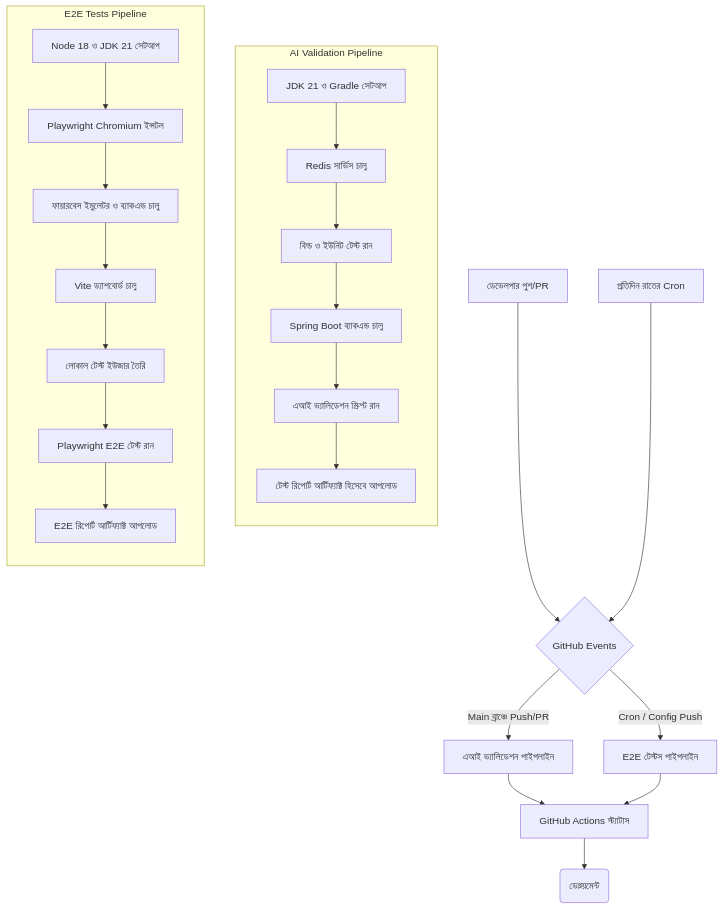
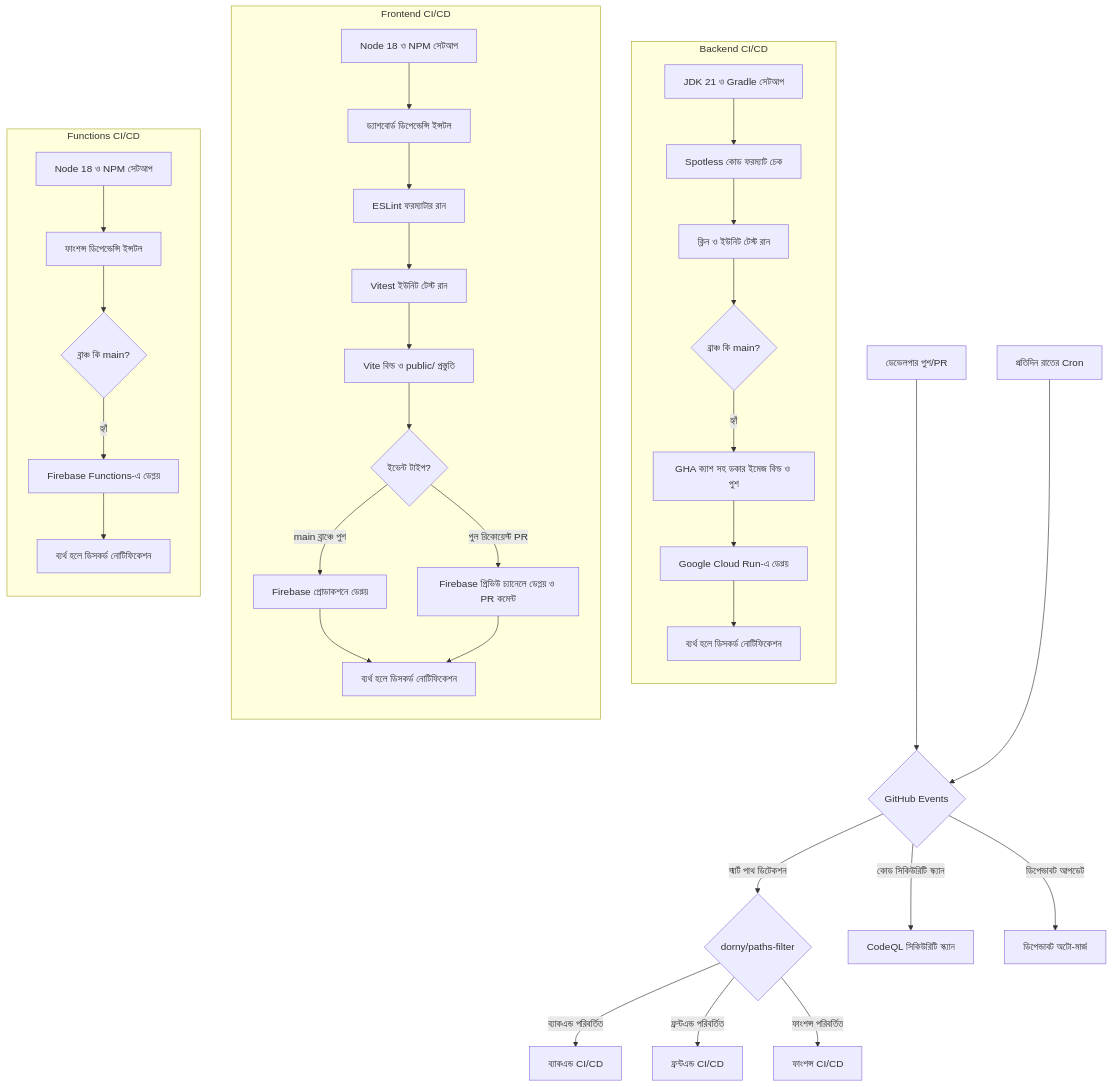
One commit to paykaribazaronline/supremeai changed the diagram in docs/01_Architecture/GITHUB_ARCHITECTURE_BN.md. Above: the diagram before and after it, drawn with Mermaid. The commit also changed other lines of this file and 5 other files, not shown here.

Commit message:
feat: implement smart CI/CD pipeline, security scan, auto-merge, and documentation

````diff
--- a/docs/01_Architecture/GITHUB_ARCHITECTURE_BN.md
+++ b/docs/01_Architecture/GITHUB_ARCHITECTURE_BN.md
@@ -9,31 +9,44 @@
 ```mermaid
 flowchart TD
     Developer[ডেভেলপার পুশ/PR] --> Trigger{GitHub Events}
     Cron[প্রতিদিন রাতের Cron] --> Trigger
     
-    Trigger -->|Main ব্রাঞ্চে Push/PR| PipelineA[এআই ভ্যালিডেশন পাইপলাইন]
-    Trigger -->|Cron / Config Push| PipelineB[E2E টেস্টস পাইপলাইন]
+    Trigger -->|স্মার্ট পাথ ডিটেকশন| Filter{dorny/paths-filter}
     
-    subgraph AI Validation Pipeline
+    Filter -->|ব্যাকএন্ড পরিবর্তিত| PipelineA[ব্যাকএন্ড CI/CD]
+    Filter -->|ফ্রন্টএন্ড পরিবর্তিত| PipelineB[ফ্রন্টএন্ড CI/CD]
+    Filter -->|ফাংশন্স পরিবর্তিত| PipelineC[ফাংশন্স CI/CD]
+    Trigger -->|কোড সিকিউরিটি স্ক্যান| CodeQL[CodeQL সিকিউরিটি স্ক্যান]
+    Trigger -->|ডিপেন্ডাবট আপডেট| DepMerge[ডিপেন্ডাবট অটো-মার্জ]
+    
+    subgraph Backend CI/CD
         direction TB
-        A1[JDK 21 ও Gradle সেটআপ] --> A2[Redis সার্ভিস চালু]
-        A2 --> A3[বিল্ড ও ইউনিট টেস্ট রান]
-        A3 --> A4[Spring Boot ব্যাকএন্ড চালু]
-        A4 --> A5[এআই ভ্যালিডেশন স্ক্রিপ্ট রান]
-        A5 --> A6[টেস্ট রিপোর্ট আর্টিফ্যাক্ট হিসেবে আপলোড]
+        A1[JDK 21 ও Gradle সেটআপ] --> A2[Spotless কোড ফরম্যাট চেক]
+        A2 --> A3[ক্লিন ও ইউনিট টেস্ট রান]
+        A3 --> A4{ব্রাঞ্চ কি main?}
+        A4 -->|হ্যাঁ| A5[GHA ক্যাশ সহ ডকার ইমেজ বিল্ড ও পুশ]
+        A5 --> A6[Google Cloud Run-এ ডেপ্লয়]
+        A6 --> A7[ব্যর্থ হলে ডিসকর্ড নোটিফিকেশন]
     end
     
-    subgraph E2E Tests Pipeline
+    subgraph Frontend CI/CD
         direction TB
-        B1[Node 18 ও JDK 21 সেটআপ] --> B2[Playwright Chromium ইন্সটল]
-        B2 --> B3[ফায়ারবেস ইমুলেটর ও ব্যাকএন্ড চালু]
-        B3 --> B4[Vite ড্যাশবোর্ড চালু]
-        B4 --> B5[লোকাল টেস্ট ইউজার তৈরি]
-        B5 --> B6[Playwright E2E টেস্ট রান]
-        B6 --> B7[E2E রিপোর্ট আর্টিফ্যাক্ট আপলোড]
+        B1[Node 18 ও NPM সেটআপ] --> B2[ড্যাশবোর্ড ডিপেন্ডেন্সি ইন্সটল]
+        B2 --> B3[ESLint ফরম্যাটার রান]
+        B3 --> B4[Vitest ইউনিট টেস্ট রান]
+        B4 --> B5[Vite বিল্ড ও public/ প্রস্তুতি]
+        B5 --> B6{ইভেন্ট টাইপ?}
+        B6 -->|main ব্রাঞ্চে পুশ| B7[Firebase প্রোডাকশনে ডেপ্লয়]
+        B6 -->|পুল রিকোয়েস্ট PR| B8[Firebase প্রিভিউ চ্যানেলে ডেপ্লয় ও PR কমেন্ট]
+        B7 --> B9[ব্যর্থ হলে ডিসকর্ড নোটিফিকেশন]
+        B8 --> B9
     end
-    
-    PipelineA --> Result[GitHub Actions স্ট্যাটাস]
-    PipelineB --> Result
-    Result --> Deploy(ডেপ্লয়মেন্ট)
+
+    subgraph Functions CI/CD
+        direction TB
+        C1[Node 18 ও NPM সেটআপ] --> C2[ফাংশন্স ডিপেন্ডেন্সি ইন্সটল]
+        C2 --> C3{ব্রাঞ্চ কি main?}
+        C3 -->|হ্যাঁ| C4[Firebase Functions-এ ডেপ্লয়]
+        C4 --> C5[ব্যর্থ হলে ডিসকর্ড নোটিফিকেশন]
+    end
 ```
````
